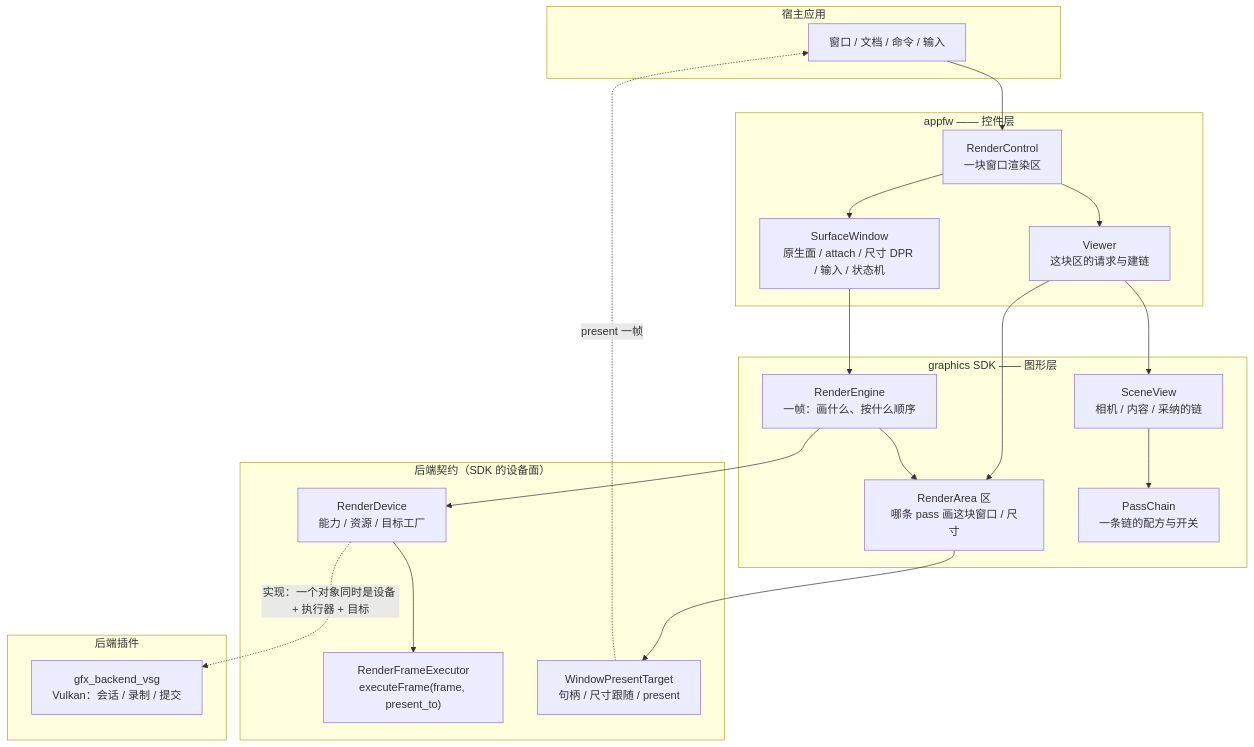
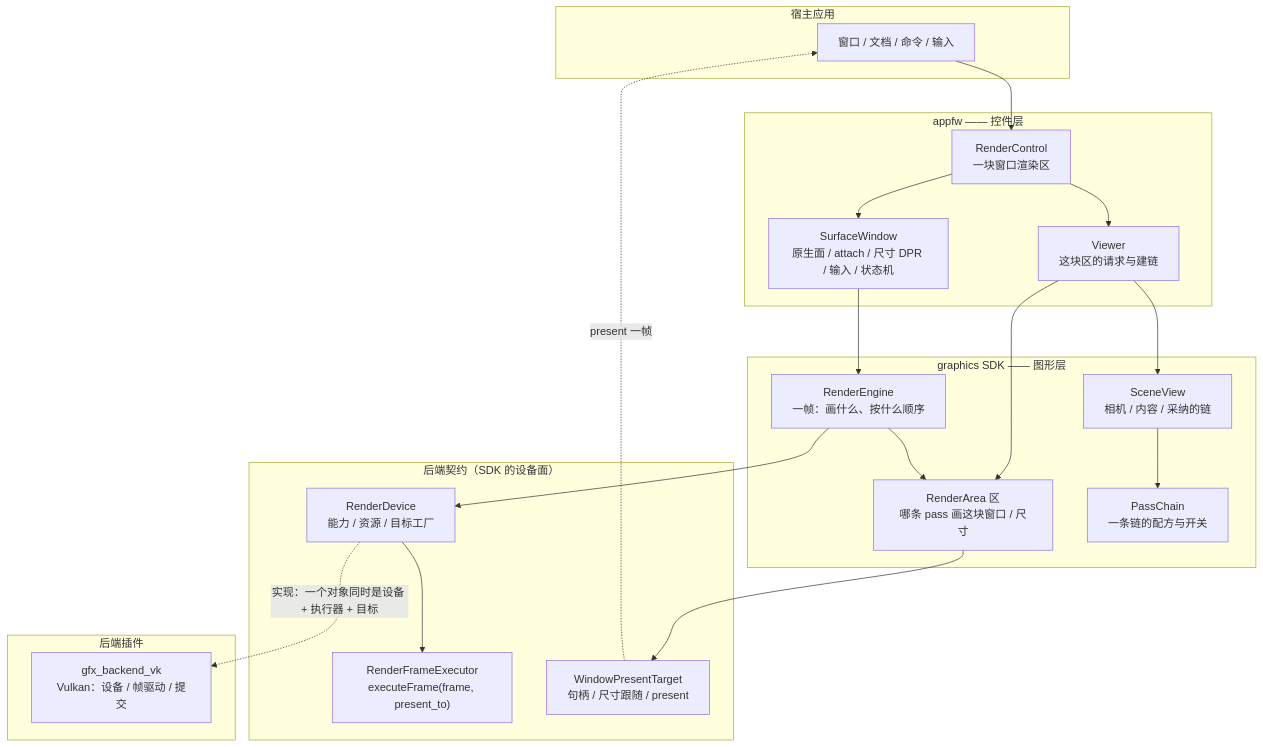
The first of 2 diagrams in docs/guides/render-views.md (lonelyong/Vine), drawn with Mermaid before and after one commit. The commit also changed other lines of this file and 4 other files, not shown here.

````diff
--- a/docs/guides/render-views.md
+++ b/docs/guides/render-views.md
@@ -29,43 +29,43 @@
 ```mermaid
 graph TB
     subgraph app["宿主应用"]
         HOST["窗口 / 文档 / 命令 / 输入"]
     end
 
     subgraph fw["appfw —— 控件层"]
         RC["RenderControl<br/>一块窗口渲染区"]
         SW["SurfaceWindow<br/>原生面 / attach / 尺寸 DPR / 输入 / 状态机"]
         VW["Viewer<br/>这块区的请求与建链"]
     end
 
     subgraph gfx["graphics SDK —— 图形层"]
         ENG["RenderEngine<br/>一帧：画什么、按什么顺序"]
         VIEW["SceneView<br/>相机 / 内容 / 采纳的链"]
         AREA["RenderArea 区<br/>哪条 pass 画这块窗口 / 尺寸"]
         PIPE["PassChain<br/>一条链的配方与开关"]
     end
 
     subgraph contract["后端契约（SDK 的设备面）"]
         DEV["RenderDevice<br/>能力 / 资源 / 目标工厂"]
         EXE["RenderFrameExecutor<br/>executeFrame(frame, present_to)"]
         TGT["WindowPresentTarget<br/>句柄 / 尺寸跟随 / present"]
     end
 
     subgraph plugin["后端插件"]
-        VSG["gfx_backend_vsg<br/>Vulkan：会话 / 录制 / 提交"]
+        VK["gfx_backend_vk<br/>Vulkan：设备 / 帧驱动 / 提交"]
     end
 
     HOST --> RC
     RC --> SW
     RC --> VW
     SW --> ENG
     VW --> VIEW
     VIEW --> PIPE
     VW --> AREA
     ENG --> AREA
     ENG --> DEV
     DEV --> EXE
-    DEV -.->|实现：一个对象同时是设备 + 执行器 + 目标| VSG
+    DEV -.->|实现：一个对象同时是设备 + 执行器 + 目标| VK
     AREA --> TGT
     TGT -.->|present 一帧| HOST
 ```
````
